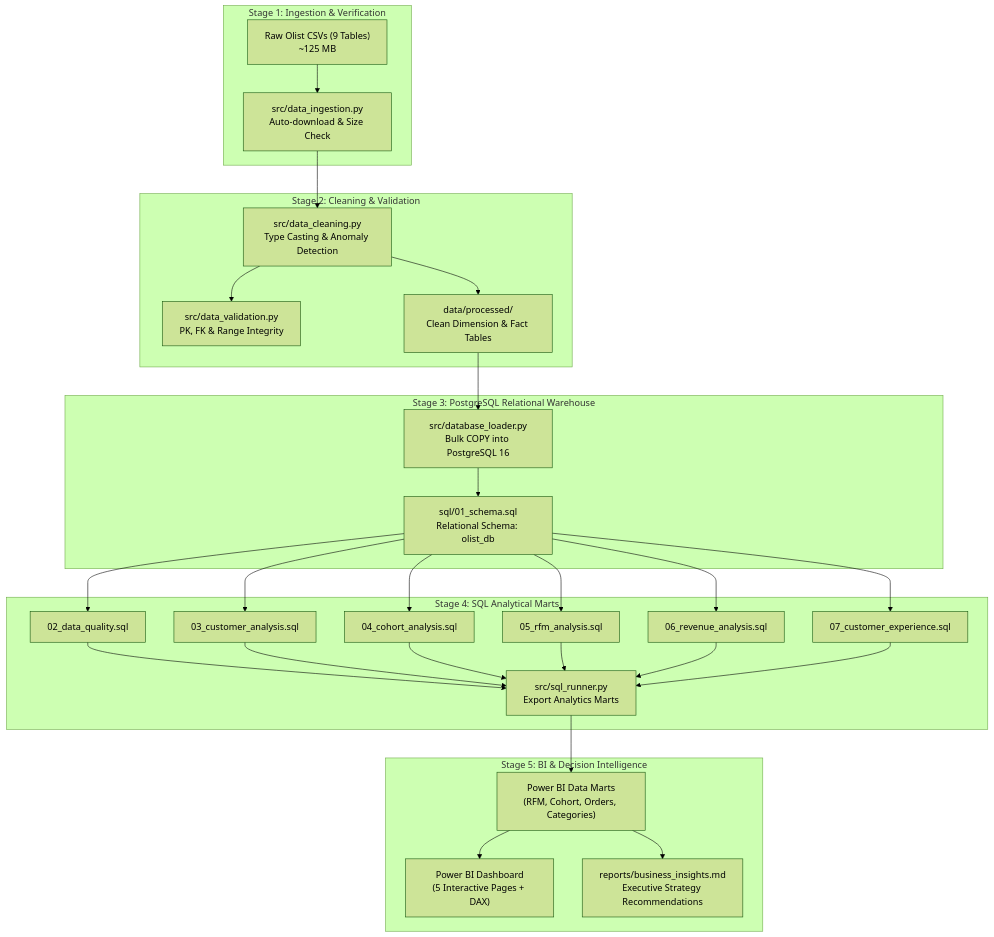
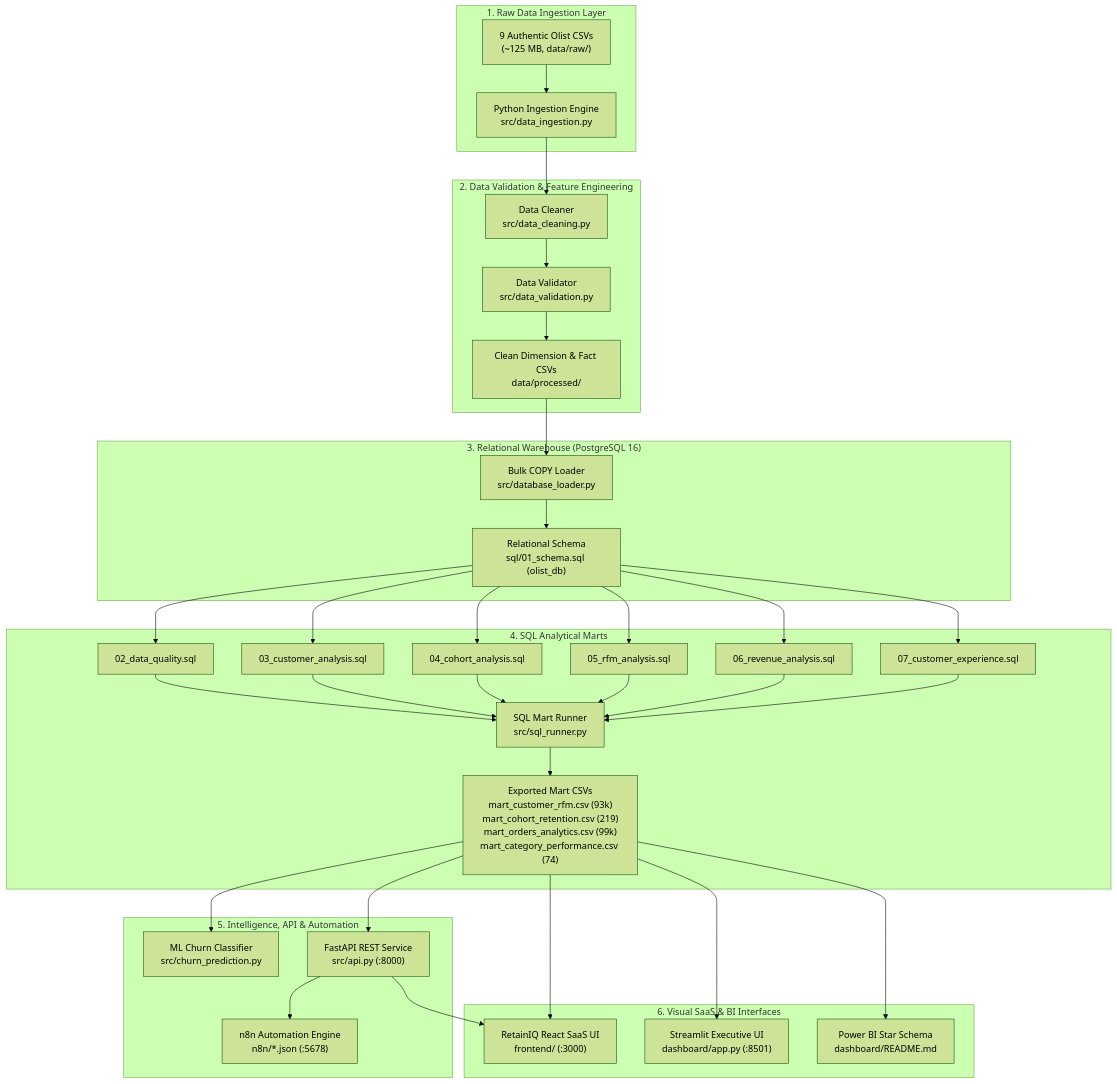
One commit to poojitha-k-dev/Customer-Retention-Revenue-Intelligence-Analytics changed the first of 2 diagrams in README.md. Above: the diagram before and after it, drawn with Mermaid (forest theme). The commit also changed other lines of this file, not shown here.

Commit message:
docs: create comprehensive enterprise README for RetainIQ platform

````diff
--- a/README.md
+++ b/README.md
@@ -54,33 +78,40 @@
 ```mermaid
 flowchart TD
-    subgraph Ingestion["Stage 1: Ingestion & Verification"]
-        Raw["Raw Olist CSVs (9 Tables)\n~125 MB"] --> Ingest["src/data_ingestion.py\nAuto-download & Size Check"]
+    subgraph Layer1["1. Raw Data Ingestion Layer"]
+        A["9 Authentic Olist CSVs\n(~125 MB, data/raw/)"] --> B["Python Ingestion Engine\nsrc/data_ingestion.py"]
     end
 
-    subgraph Processing["Stage 2: Cleaning & Validation"]
-        Ingest --> Clean["src/data_cleaning.py\nType Casting & Anomaly Detection"]
-        Clean --> Val["src/data_validation.py\nPK, FK & Range Integrity"]
-        Clean --> Processed["data/processed/\nClean Dimension & Fact Tables"]
+    subgraph Layer2["2. Data Validation & Feature Engineering"]
+        B --> C["Data Cleaner\nsrc/data_cleaning.py"]
+        C --> D["Data Validator\nsrc/data_validation.py"]
+        D --> E["Clean Dimension & Fact CSVs\ndata/processed/"]
     end
 
-    subgraph Warehouse["Stage 3: PostgreSQL Relational Warehouse"]
-        Processed --> Loader["src/database_loader.py\nBulk COPY into PostgreSQL 16"]
-        Loader --> Schema["sql/01_schema.sql\nRelational Schema: olist_db"]
+    subgraph Layer3["3. Relational Warehouse (PostgreSQL 16)"]
+        E --> F["Bulk COPY Loader\nsrc/database_loader.py"]
+        F --> G["Relational Schema\nsql/01_schema.sql (olist_db)"]
     end
 
-    subgraph Analytics["Stage 4: SQL Analytical Marts"]
-        Schema --> SQL1["02_data_quality.sql"]
-        Schema --> SQL2["03_customer_analysis.sql"]
-        Schema --> SQL3["04_cohort_analysis.sql"]
-        Schema --> SQL4["05_rfm_analysis.sql"]
-        Schema --> SQL5["06_revenue_analysis.sql"]
-        Schema --> SQL6["07_customer_experience.sql"]
-        SQL1 & SQL2 & SQL3 & SQL4 & SQL5 & SQL6 --> Runner["src/sql_runner.py\nExport Analytics Marts"]
+    subgraph Layer4["4. SQL Analytical Marts"]
+        G --> H["02_data_quality.sql"]
+        G --> I["03_customer_analysis.sql"]
+        G --> J["04_cohort_analysis.sql"]
+        G --> K["05_rfm_analysis.sql"]
+        G --> L["06_revenue_analysis.sql"]
+        G --> M["07_customer_experience.sql"]
+        H & I & J & K & L & M --> N["SQL Mart Runner\nsrc/sql_runner.py"]
+        N --> O["Exported Mart CSVs\nmart_customer_rfm.csv (93k)\nmart_cohort_retention.csv (219)\nmart_orders_analytics.csv (99k)\nmart_category_performance.csv (74)"]
     end
 
-    subgraph Reporting["Stage 5: BI & Decision Intelligence"]
-        Runner --> Marts["Power BI Data Marts\n(RFM, Cohort, Orders, Categories)"]
-        Marts --> PBI["Power BI Dashboard\n(5 Interactive Pages + DAX)"]
-        Marts --> Report["reports/business_insights.md\nExecutive Strategy Recommendations"]
+    subgraph Layer5["5. Intelligence, API & Automation"]
+        O --> P["ML Churn Classifier\nsrc/churn_prediction.py"]
+        O --> Q["FastAPI REST Service\nsrc/api.py (:8000)"]
+        Q --> R["n8n Automation Engine\nn8n/*.json (:5678)"]
+    end
+
+    subgraph Layer6["6. Visual SaaS & BI Interfaces"]
+        Q & O --> S["RetainIQ React SaaS UI\nfrontend/ (:3000)"]
+        O --> T["Streamlit Executive UI\ndashboard/app.py (:8501)"]
+        O --> U["Power BI Star Schema\ndashboard/README.md"]
     end
 ```
````
